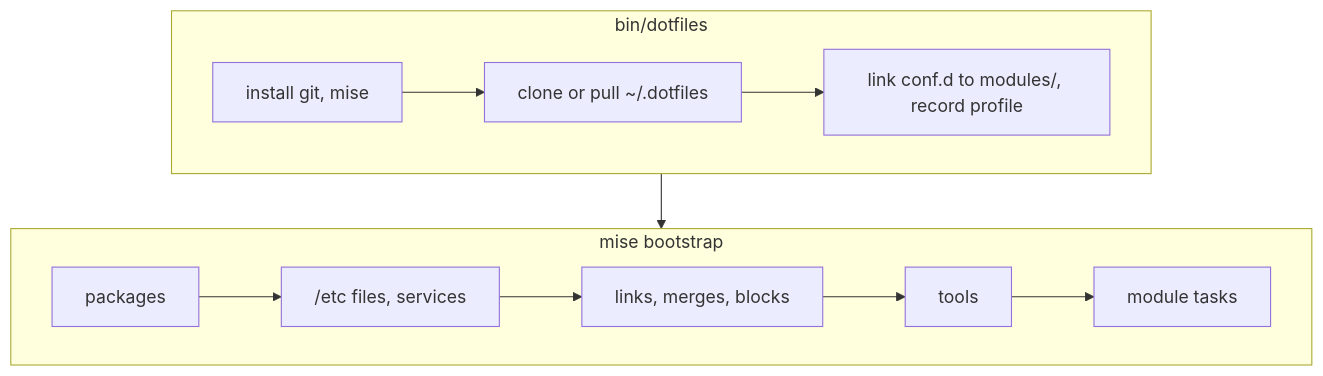
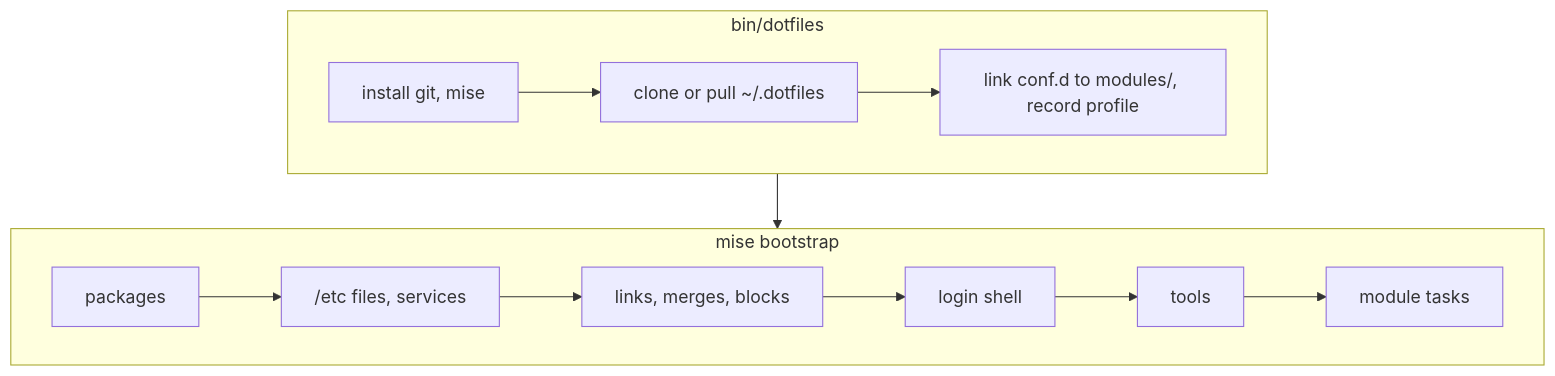
Before and after one commit to TechDufus/dotfiles: the diagram in README.md, drawn with Mermaid. The commit also changed other lines of this file and 27 other files, not shown here.

````diff
--- a/README.md
+++ b/README.md
@@ -30,12 +32,12 @@
 ```mermaid
 flowchart TB
   subgraph prep["bin/dotfiles"]
     direction LR
     git["install git, mise"] --> repo["clone or pull ~/.dotfiles"] --> link["link conf.d to modules/, record profile"]
   end
   subgraph boot["mise bootstrap"]
     direction LR
-    pkgs["packages"] --> sys["/etc files, services"] --> dots["links, merges, blocks"] --> tools["tools"] --> tasks["module tasks"]
+    pkgs["packages"] --> sys["/etc files, services"] --> dots["links, merges, blocks"] --> shell["login shell"] --> tools["tools"] --> tasks["module tasks"]
   end
   prep --> boot
 ```
````
